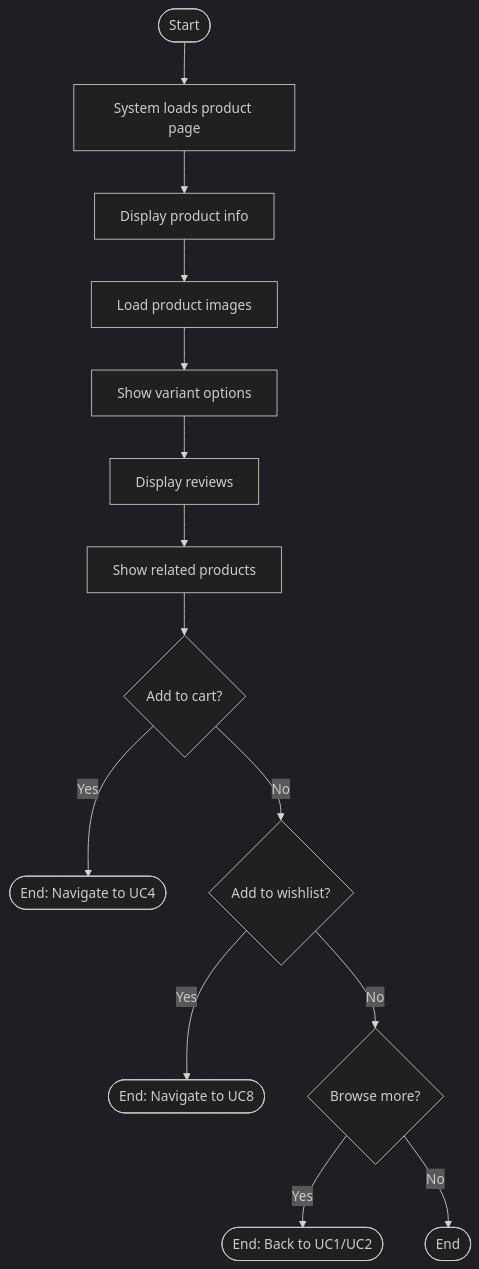
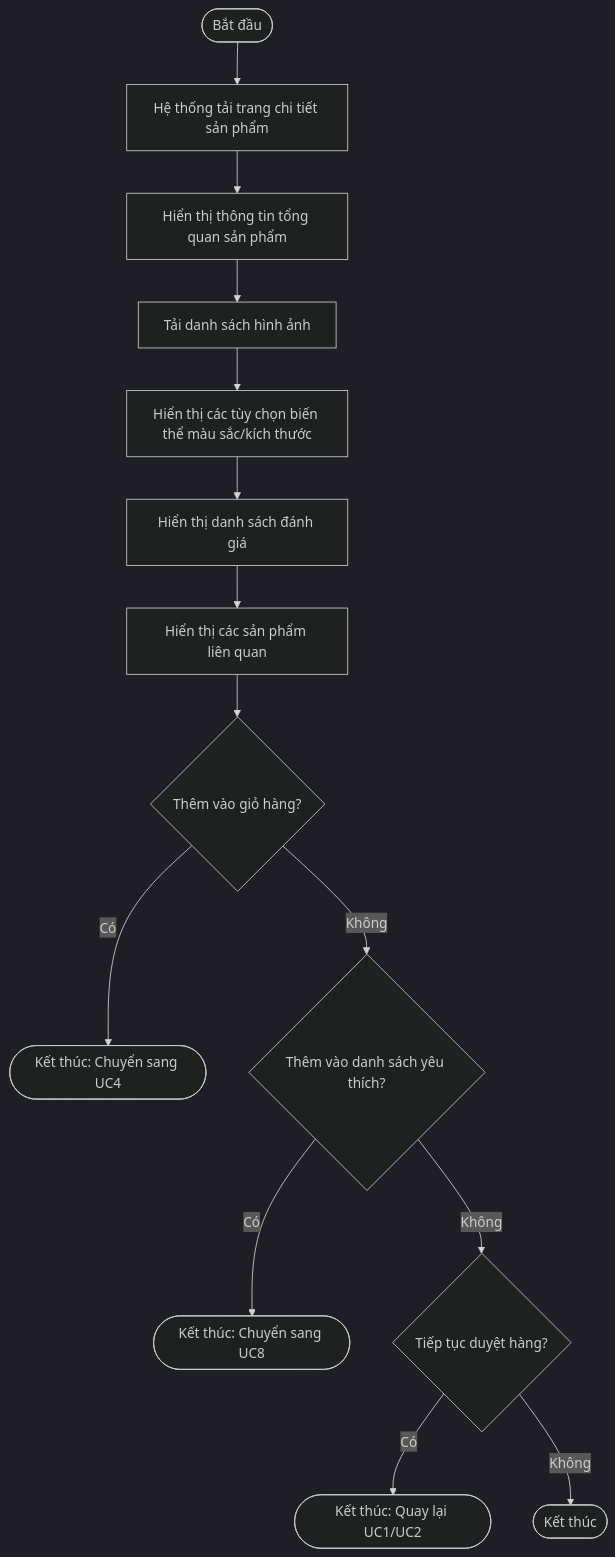
The sixth of 57 diagrams in docs/design-analysis/OOSAD_ANALYSIS.md (DanhTrannn/TLCN), drawn with Mermaid (dark theme) before and after one commit. The commit also changed other lines of this file, not shown here.

````diff
--- a/docs/design-analysis/OOSAD_ANALYSIS.md
+++ b/docs/design-analysis/OOSAD_ANALYSIS.md
@@ -773,16 +775,16 @@
 ```mermaid
 flowchart TD
-    Start([Start]) --> A[System loads product page]
-    A --> B[Display product info]
-    B --> C[Load product images]
-    C --> D[Show variant options]
-    D --> E[Display reviews]
-    E --> F[Show related products]
-    F --> G{Add to cart?}
-    G -->|Yes| H([End: Navigate to UC4])
-    G -->|No| I{Add to wishlist?}
-    I -->|Yes| J([End: Navigate to UC8])
-    I -->|No| K{Browse more?}
-    K -->|Yes| L([End: Back to UC1/UC2])
-    K -->|No| M([End])
+    Start([Bắt đầu]) --> A[Hệ thống tải trang chi tiết sản phẩm]
+    A --> B[Hiển thị thông tin tổng quan sản phẩm]
+    B --> C[Tải danh sách hình ảnh]
+    C --> D[Hiển thị các tùy chọn biến thể màu sắc/kích thước]
+    D --> E[Hiển thị danh sách đánh giá]
+    E --> F[Hiển thị các sản phẩm liên quan]
+    F --> G{Thêm vào giỏ hàng?}
+    G -->|Có| H([Kết thúc: Chuyển sang UC4])
+    G -->|Không| I{Thêm vào danh sách yêu thích?}
+    I -->|Có| J([Kết thúc: Chuyển sang UC8])
+    I -->|Không| K{Tiếp tục duyệt hàng?}
+    K -->|Có| L([Kết thúc: Quay lại UC1/UC2])
+    K -->|Không| M([Kết thúc])
 ```
````
